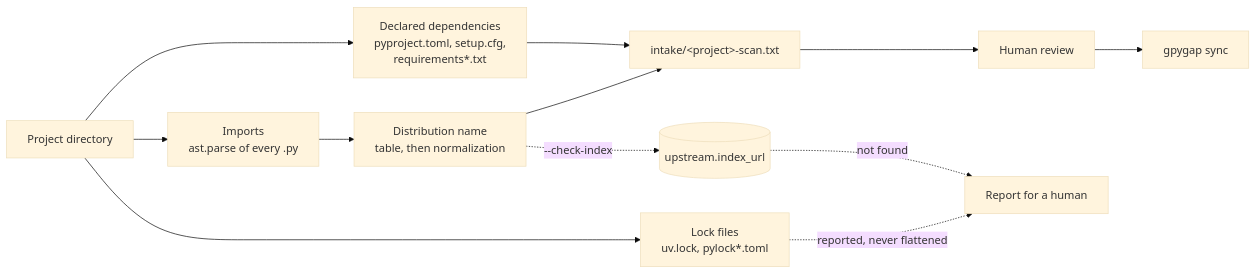
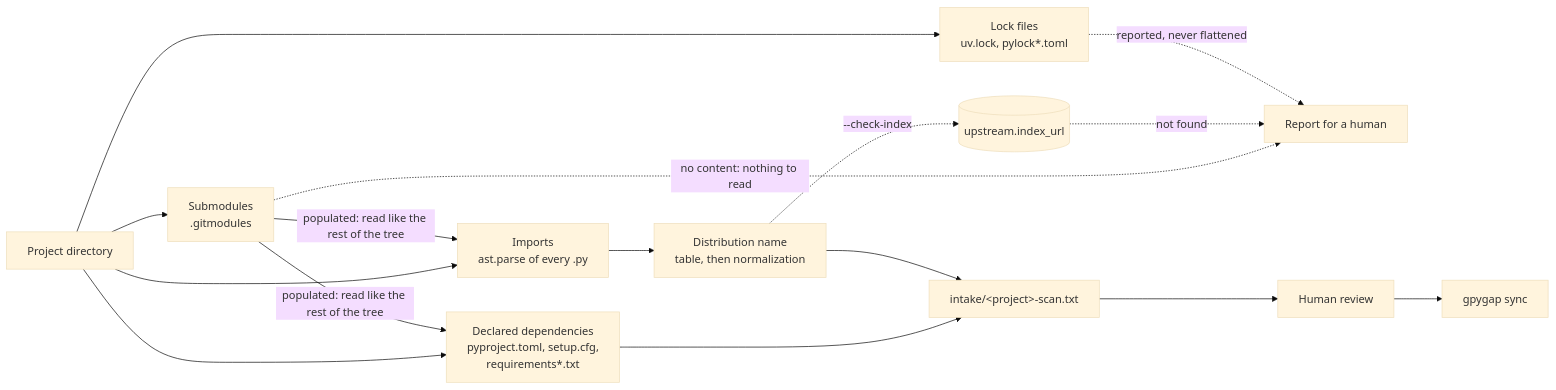
One commit to FPGArtktic/gpygap changed the diagram in docs/scan.md. Above: the diagram before and after it, drawn with Mermaid (base theme). The commit also changed other lines of this file and 5 other files, not shown here.

````diff
--- a/docs/scan.md
+++ b/docs/scan.md
@@ -26,15 +26,19 @@
 ```mermaid
 flowchart LR
     tree[Project directory]
+    tree --> subs[Submodules<br/>.gitmodules]
     tree --> declared[Declared dependencies<br/>pyproject.toml, setup.cfg,<br/>requirements*.txt]
     tree --> imports[Imports<br/>ast.parse of every .py]
     tree --> locks[Lock files<br/>uv.lock, pylock*.toml]
+    subs -->|populated: read like the rest of the tree| declared
+    subs -->|populated: read like the rest of the tree| imports
+    subs -.->|no content: nothing to read| report
     declared --> file[intake/&lt;project&gt;-scan.txt]
     imports --> map[Distribution name<br/>table, then normalization]
     map --> file
     map -.->|--check-index| index[(upstream.index_url)]
     index -.->|not found| report[Report for a human]
     locks -.->|reported, never flattened| report
     file --> review[Human review]
     review --> sync[gpygap sync]
 ```
````
